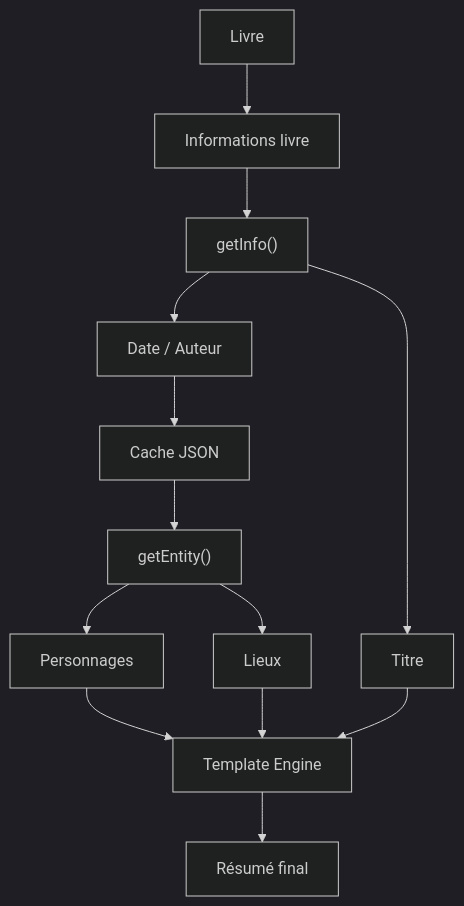
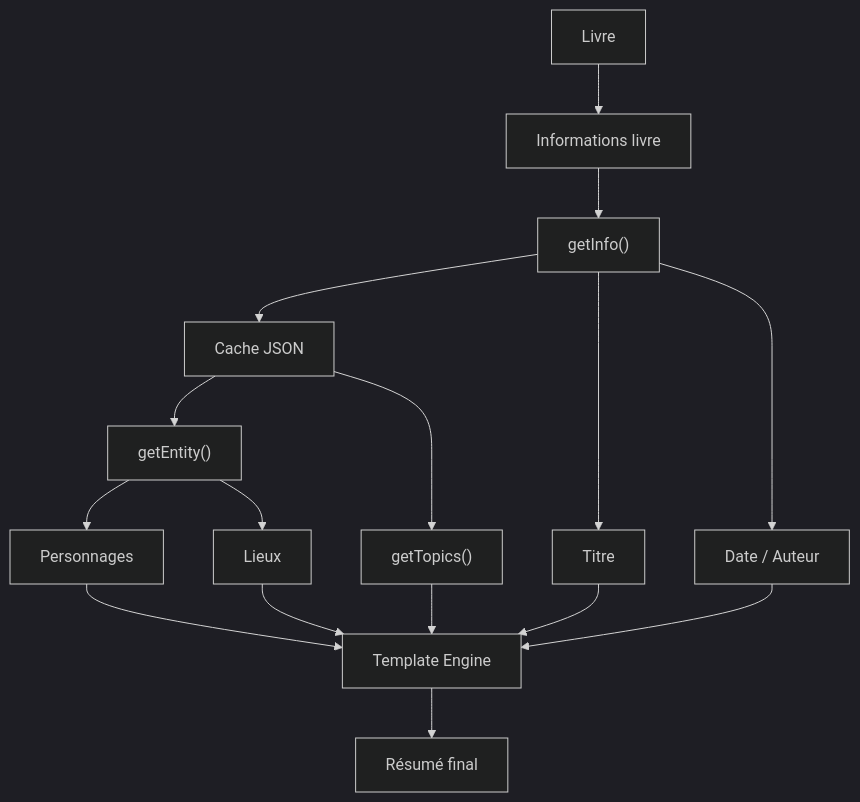
The first of 2 diagrams in Documentation/summarize.md (flora-4/T-AIA-600-MAR_5), drawn with Mermaid (dark theme) before and after one commit. The commit also changed other lines of this file and 2 other files, not shown here.

Commit message:
feat : adding topics of the book in the summarize

````diff
--- a/Documentation/summarize.md
+++ b/Documentation/summarize.md
@@ -39,22 +39,26 @@
 ```mermaid
 flowchart TD
     A["Livre"] --> B["Informations livre"]
     B --> C["getInfo()"]
 
     C --> D["Titre"]
     C --> E["Date / Auteur"]
 
-    E --> F["Cache JSON"]
+    C --> F["Cache JSON"]
 
     F --> G["getEntity()"]
+    F--> L["getTopics()"]
 
     G --> H["Personnages"]
     G --> I["Lieux"]
 
     H --> J["Template Engine"]
     I --> J
 
+    L -->J
+
     D --> J
+    E--> J
 
     J --> K["Résumé final"]
 ```
````
